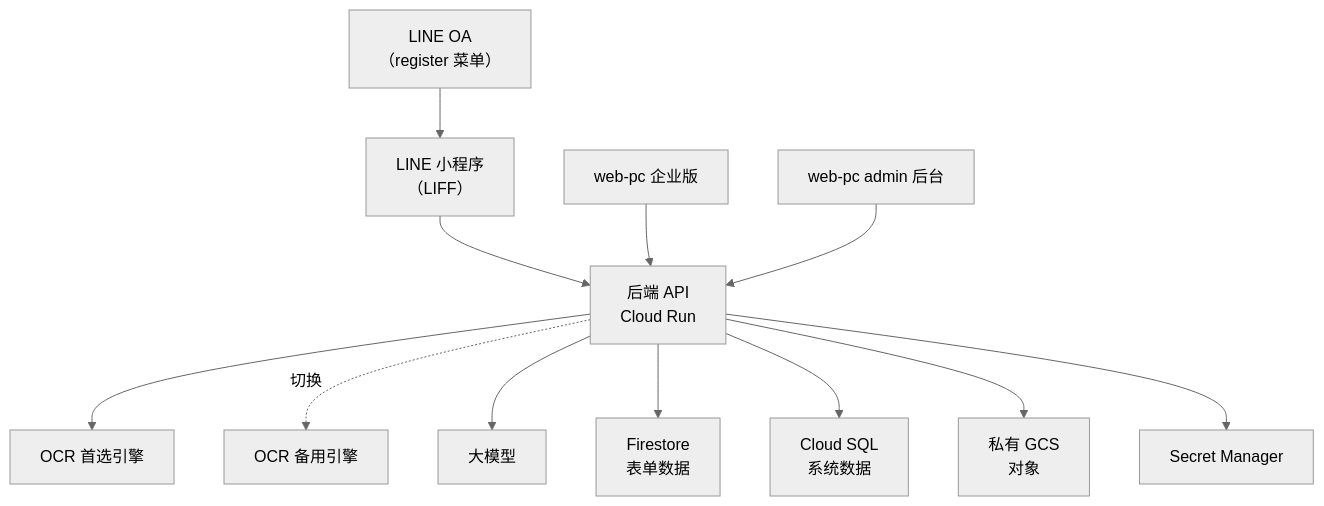
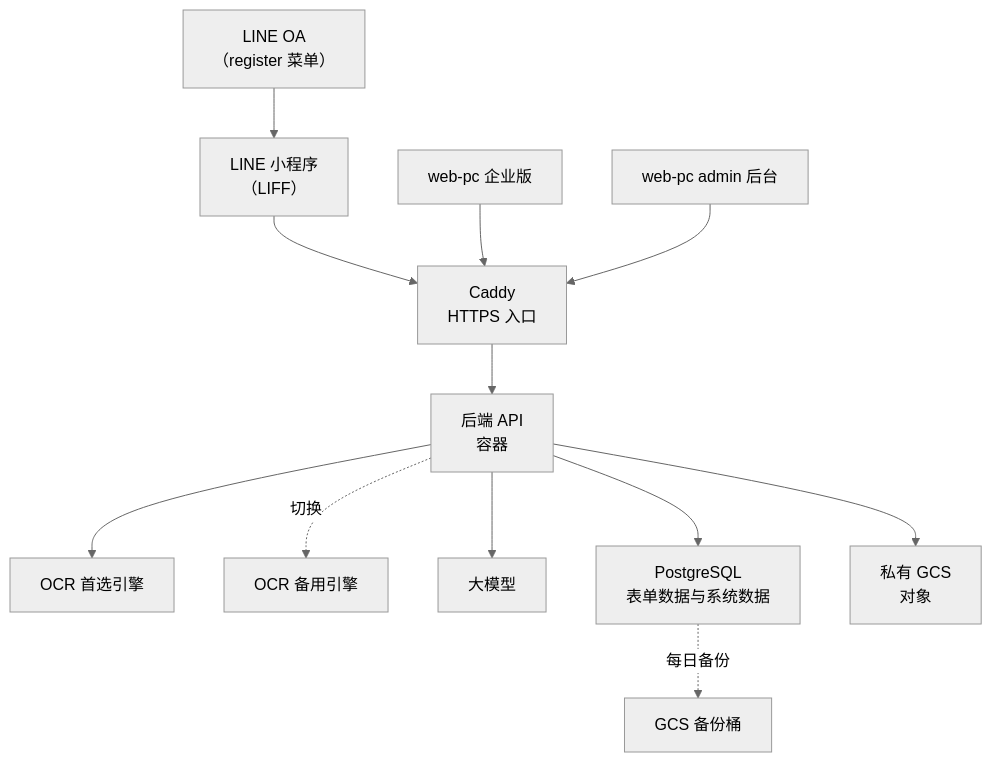
The diagram in docs/30-design/Architecture.md (aibaba-go/saiflow-monorepo), drawn with Mermaid (neutral theme) before and after one commit. The commit also changed other lines of this file and 17 other files, not shown here.

Commit message:
[adopt-vps-docker] sync docs to ADR-008: VPS + Docker, PostgreSQL jsonb for form data, GCS kept

````diff
--- a/docs/30-design/Architecture.md
+++ b/docs/30-design/Architecture.md
@@ -47,30 +48,30 @@
 ```mermaid
 graph TB
     Mini["LINE 小程序<br/>（LIFF）"]
     Ent["web-pc 企业版"]
     Admin["web-pc admin 后台"]
     OA["LINE OA<br/>（register 菜单）"]
 
-    API["后端 API<br/>Cloud Run"]
+    Caddy["Caddy<br/>HTTPS 入口"]
+    API["后端 API<br/>容器"]
 
     OCR1["OCR 首选引擎"]
     OCR2["OCR 备用引擎"]
     LLM["大模型"]
 
-    FS["Firestore<br/>表单数据"]
-    SQL["Cloud SQL<br/>系统数据"]
+    PG["PostgreSQL<br/>表单数据与系统数据"]
     GCS["私有 GCS<br/>对象"]
-    SM["Secret Manager"]
+    BAK["GCS 备份桶"]
 
     OA --> Mini
-    Mini --> API
-    Ent --> API
-    Admin --> API
+    Mini --> Caddy
+    Ent --> Caddy
+    Admin --> Caddy
+    Caddy --> API
     API --> OCR1
     API -. 切换 .-> OCR2
     API --> LLM
-    API --> FS
-    API --> SQL
+    API --> PG
     API --> GCS
-    API --> SM
+    PG -. 每日备份 .-> BAK
 ```
````
